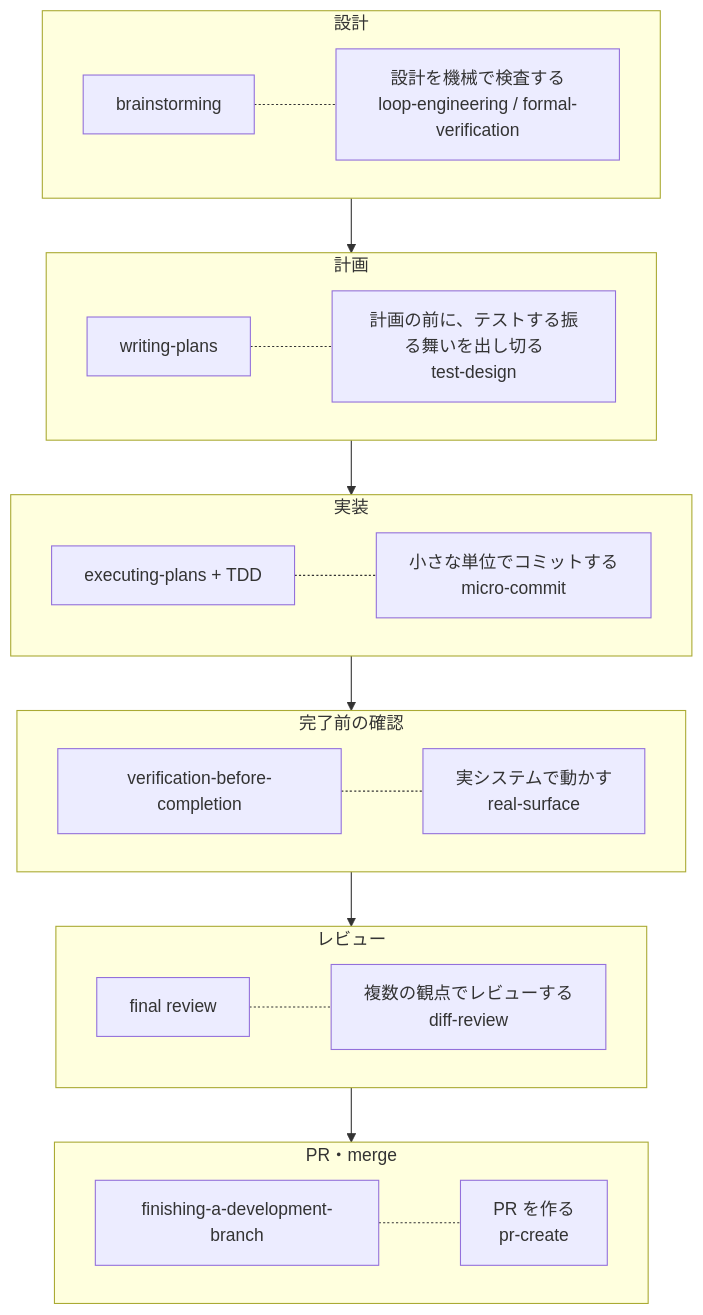
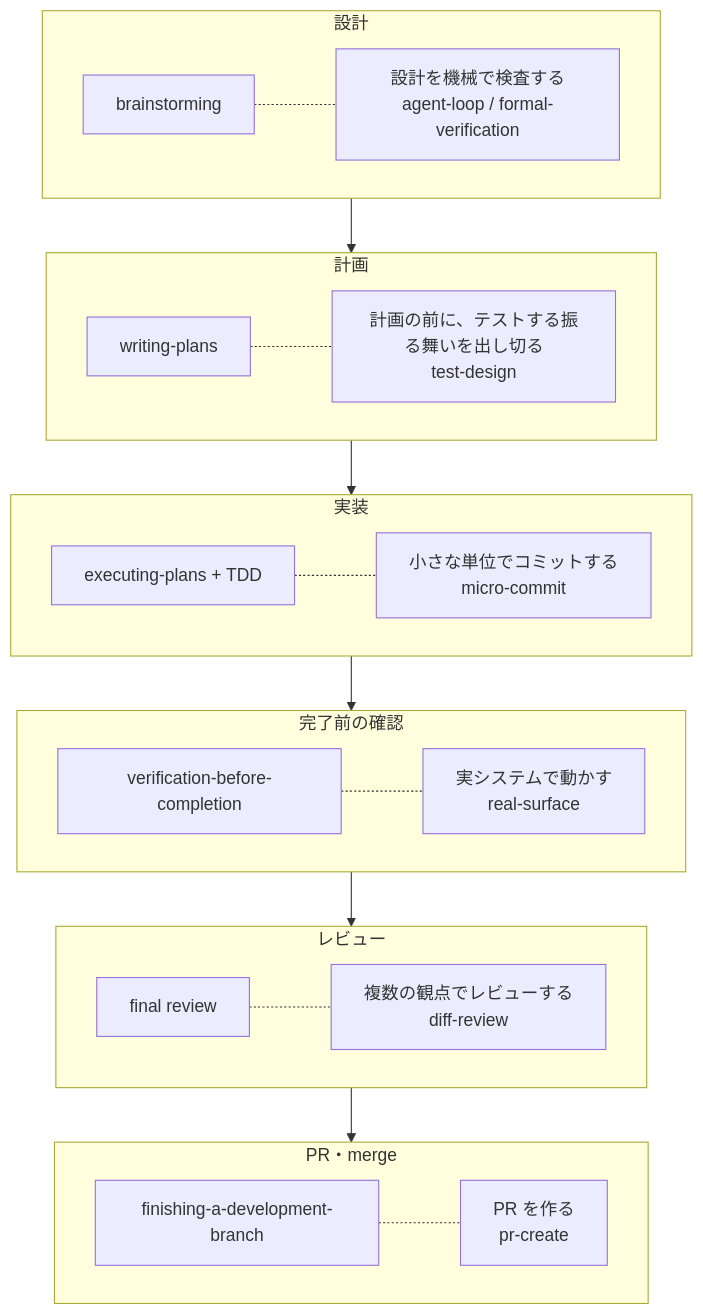
One commit to Hakkadaikon/hymme changed the first of 2 diagrams in README.md. Above: the diagram before and after it, drawn with Mermaid. The commit also changed other lines of this file and 129 other files, not shown here.

First line of the commit message:
refactor!: rename loop-engineering to agent-loop

````diff
--- a/README.md
+++ b/README.md
@@ -16,28 +16,28 @@
 ```mermaid
 flowchart TD
     subgraph S1["設計"]
         direction LR
-        A["brainstorming"] -.- A1["設計を機械で検査する<br>loop-engineering / formal-verification"]
+        A["brainstorming"] -.- A1["設計を機械で検査する<br>agent-loop / formal-verification"]
     end
     subgraph S2["計画"]
         direction LR
         B["writing-plans"] -.- B1["計画の前に、テストする振る舞いを出し切る<br>test-design"]
     end
     subgraph S3["実装"]
         direction LR
         C["executing-plans + TDD"] -.- C1["小さな単位でコミットする<br>micro-commit"]
     end
     subgraph S4["完了前の確認"]
         direction LR
         D["verification-before-completion"] -.- D1["実システムで動かす<br>real-surface"]
     end
     subgraph S5["レビュー"]
         direction LR
         E["final review"] -.- E1["複数の観点でレビューする<br>diff-review"]
     end
     subgraph S6["PR・merge"]
         direction LR
         F["finishing-a-development-branch"] -.- F1["PR を作る<br>pr-create"]
     end
     S1 --> S2 --> S3 --> S4 --> S5 --> S6
 ```
````
